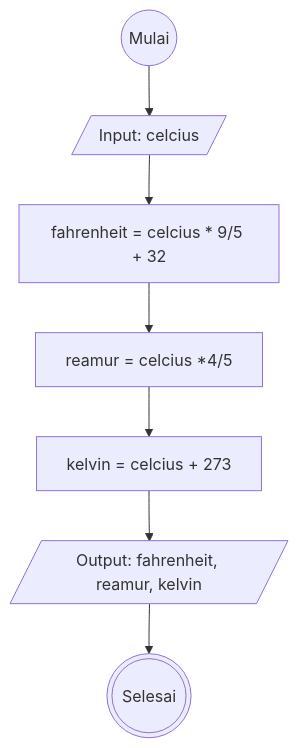
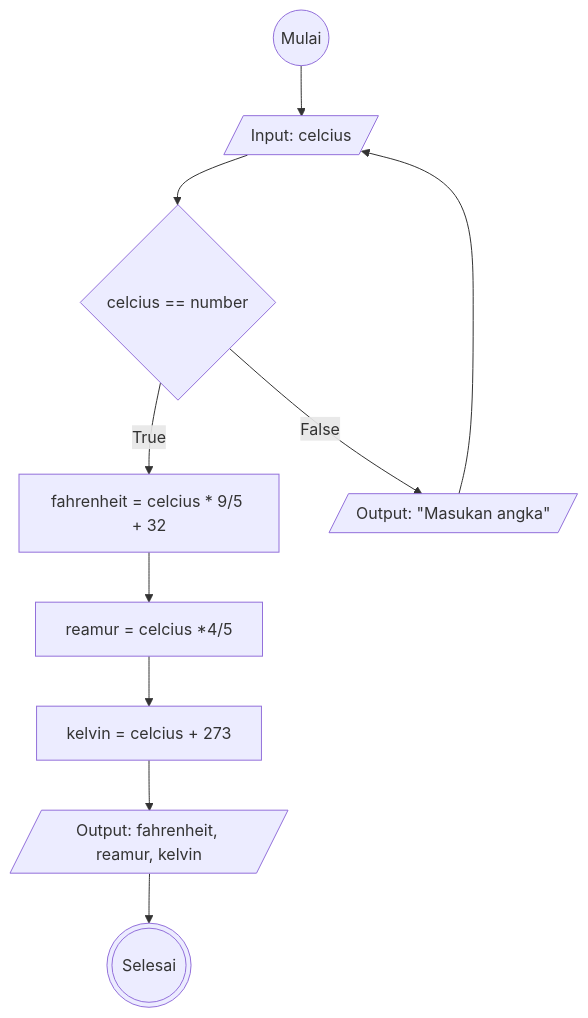
Before and after one commit to alhilalfathi/koda-b6-algoritma: the diagram in algoritma-konversi-suhu.md, drawn with Mermaid. The commit also changed other lines of this file, not shown here.

````diff
--- a/algoritma-konversi-suhu.md
+++ b/algoritma-konversi-suhu.md
@@ -13,15 +16,18 @@
 ```mermaid
 flowchart TD
 mulai@{ shape: circle, label: "Mulai"}
     input@{ shape: lean-r, label: "Input: celcius"}
+    valid@{ shape: diamond, label: "celcius == number"}
+    false@{ shape: lean-r, label: "Output: #quot;Masukan angka#quot;"}
     fahrenheit@{ label: "fahrenheit = celcius * 9/5 + 32"}
     reamur@{ label: "reamur = celcius *4/5"}
     kelvin@{ label: "kelvin = celcius + 273"}
     output@{ shape: lean-r, label: "Output: fahrenheit, reamur, kelvin"}
     selesai@{ shape: dbl-circ, label: "Selesai"}
 
-mulai-->input
-input-->fahrenheit-->reamur-->kelvin-->output
+mulai-->input-->valid
+valid--True-->fahrenheit-->reamur-->kelvin-->output
+valid--False-->false-->input
 output-->selesai
 
 ```
````
